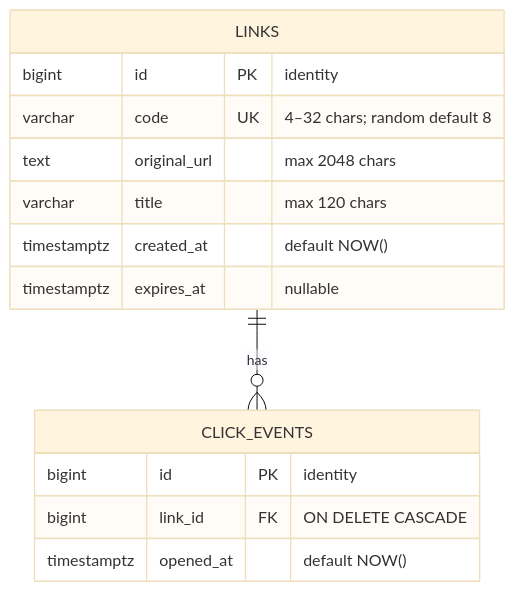
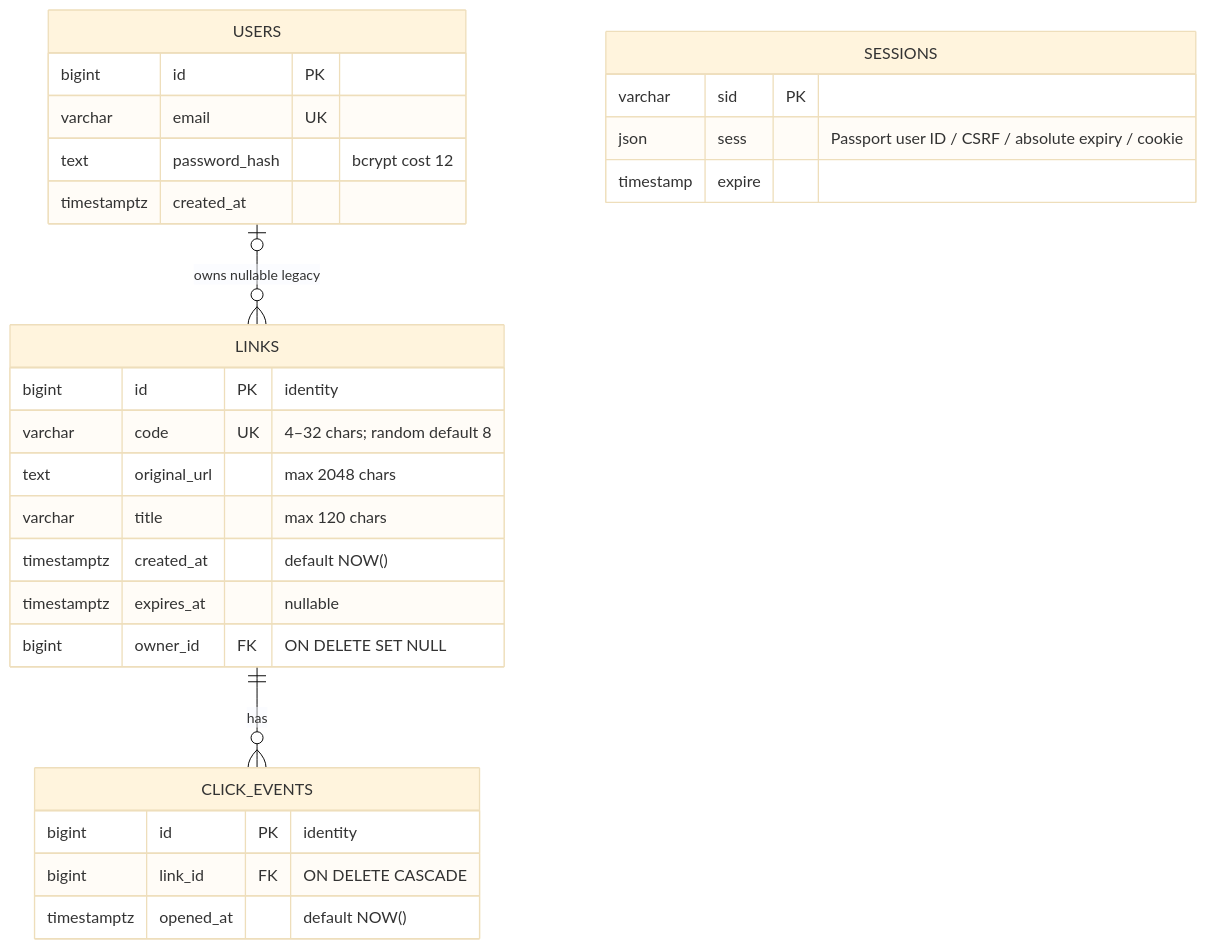
The fourth of 6 diagrams in docs/DIAGRAMS.md (nicky-wrc/short-url-system), drawn with Mermaid (base theme) before and after one commit. The commit also changed other lines of this file and 29 other files, not shown here.

````diff
--- a/docs/DIAGRAMS.md
+++ b/docs/DIAGRAMS.md
@@ -48,17 +89,30 @@
 ```mermaid
 erDiagram
+    USERS o|--o{ LINKS : "owns nullable legacy"
     LINKS ||--o{ CLICK_EVENTS : "has"
     LINKS {
         bigint id PK "identity"
         varchar code UK "4–32 chars; random default 8"
         text original_url "max 2048 chars"
         varchar title "max 120 chars"
         timestamptz created_at "default NOW()"
         timestamptz expires_at "nullable"
+        bigint owner_id FK "ON DELETE SET NULL"
     }
     CLICK_EVENTS {
         bigint id PK "identity"
         bigint link_id FK "ON DELETE CASCADE"
         timestamptz opened_at "default NOW()"
     }
+    USERS {
+        bigint id PK
+        varchar email UK
+        text password_hash "bcrypt cost 12"
+        timestamptz created_at
+    }
+    SESSIONS {
+        varchar sid PK
+        json sess "Passport user ID / CSRF / absolute expiry / cookie"
+        timestamp expire
+    }
 ```
````
